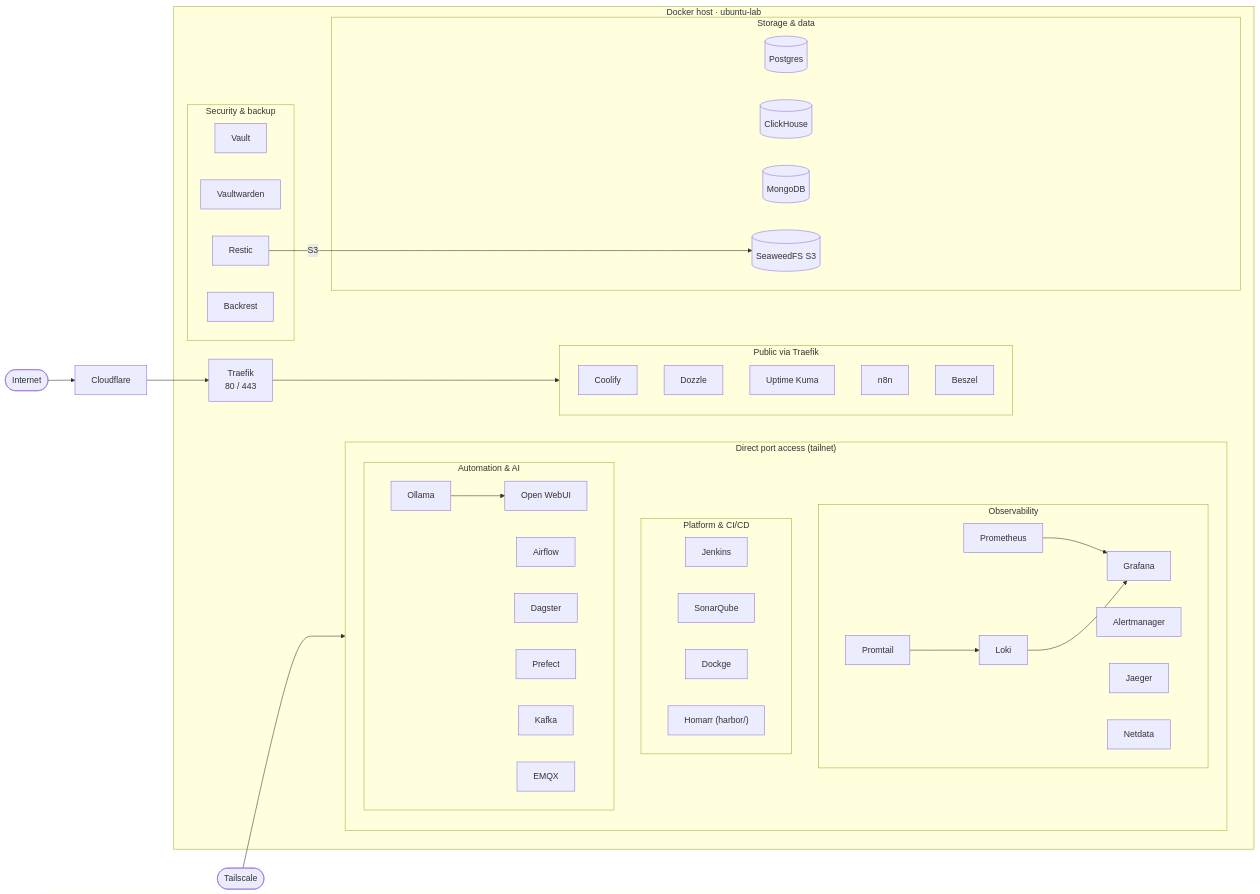
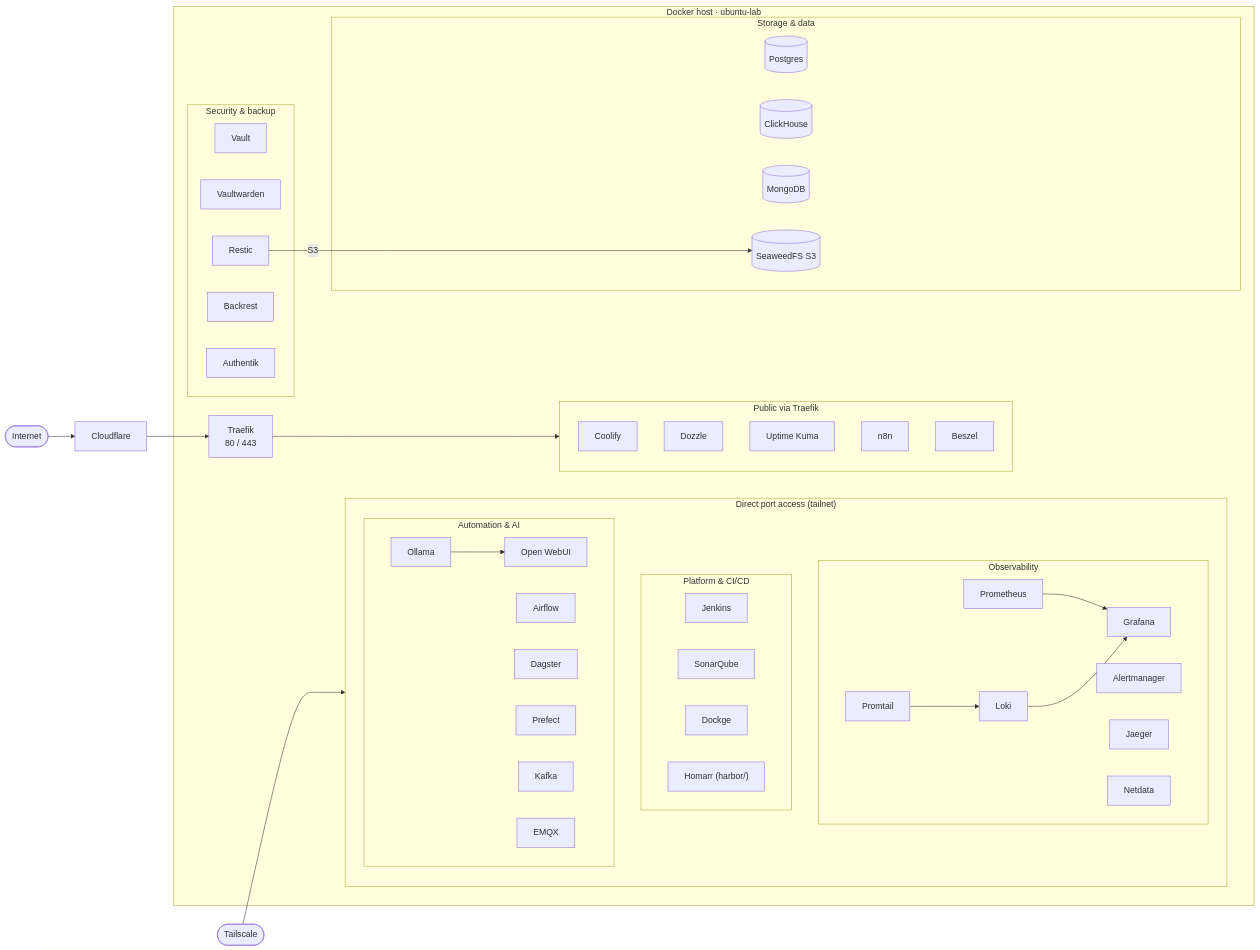
The diagram in README.md (JeerasakAnanta/homelab), drawn with Mermaid before and after one commit. The commit also changed other lines of this file and 3 other files, not shown here.

````diff
--- a/README.md
+++ b/README.md
@@ -50,61 +50,62 @@
 ```mermaid
 graph LR
     Internet([Internet]) --> CF[Cloudflare]
     CF --> Traefik[Traefik<br/>80 / 443]
     Tailnet([Tailscale]) --> Admin
 
     subgraph Host["Docker host · ubuntu-lab"]
         Traefik --> Public
 
         subgraph Public["Public via Traefik"]
             direction TB
             Coolify[Coolify]
             Dozzle[Dozzle]
             Kuma[Uptime Kuma]
             n8n[n8n]
             Beszel[Beszel]
         end
 
         subgraph Admin["Direct port access (tailnet)"]
             direction TB
             subgraph Obs["Observability"]
                 Prometheus --> Grafana
                 Loki --> Grafana
                 Promtail --> Loki
                 Alertmanager
                 Jaeger
                 Netdata
             end
             subgraph Dev["Platform & CI/CD"]
                 Jenkins
                 SonarQube
                 Dockge
                 Harbor["Homarr (harbor/)"]
             end
             subgraph AI["Automation & AI"]
                 Ollama --> OpenWebUI[Open WebUI]
                 Airflow
                 Dagster
                 Prefect
                 Kafka
                 EMQX
             end
         end
 
         subgraph Data["Storage & data"]
             Postgres[(Postgres)]
             ClickHouse[(ClickHouse)]
             MongoDB[(MongoDB)]
             SeaweedFS[(SeaweedFS S3)]
         end
 
         subgraph Sec["Security & backup"]
             Vault
             Vaultwarden
             Restic
             Backrest
+            Authentik
         end
 
         Restic -->|S3| SeaweedFS
     end
 ```
````
